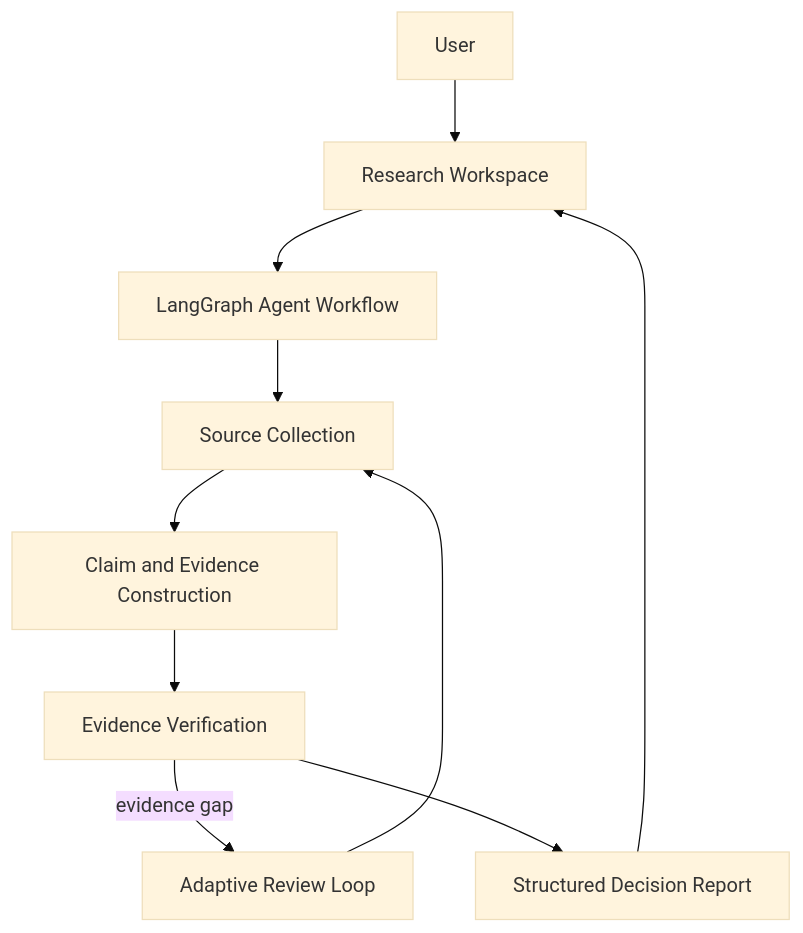
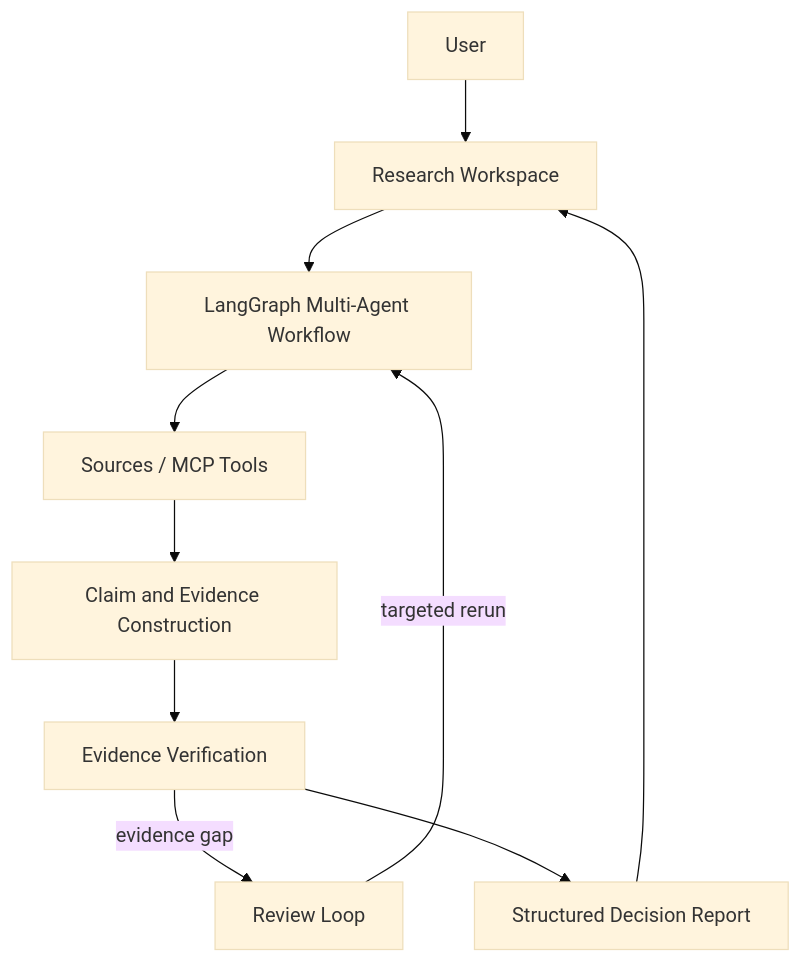
One commit to kkk17kkk/competitor-analysis-agent-system changed the diagram in README.md. Above: the diagram before and after it, drawn with Mermaid (base theme). The commit also changed other lines of this file and 2 other files, not shown here.

Commit message:
docs: add product workspace previews

````diff
--- a/README.md
+++ b/README.md
@@ -53,12 +54,12 @@
 ```mermaid
 flowchart TD
     User[User] --> Workspace[Research Workspace]
-    Workspace --> Workflow[LangGraph Agent Workflow]
-    Workflow --> Sources[Source Collection]
+    Workspace --> Workflow[LangGraph Multi-Agent Workflow]
+    Workflow --> Sources[Sources / MCP Tools]
     Sources --> Evidence[Claim and Evidence Construction]
     Evidence --> Verify[Evidence Verification]
-    Verify -->|evidence gap| Review[Adaptive Review Loop]
-    Review --> Sources
+    Verify -->|evidence gap| Review[Review Loop]
+    Review -->|targeted rerun| Workflow
     Verify --> Report[Structured Decision Report]
     Report --> Workspace
 ```
````
